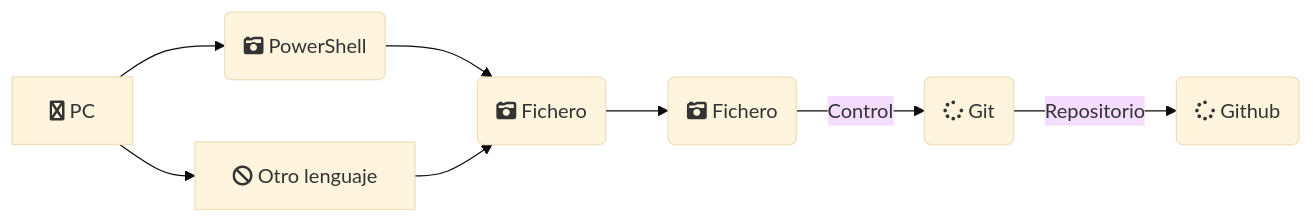
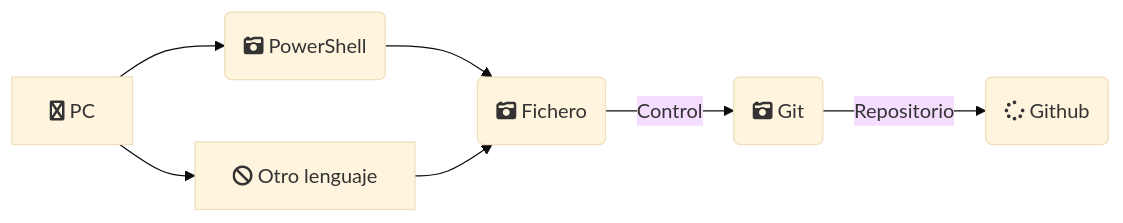
The second of 3 diagrams in README.md (Jloen1999/PrimeraECTSFC), drawn with Mermaid (base theme) before and after one commit. The commit also changed other lines of this file and 37 other files, not shown here.

````diff
--- a/README.md
+++ b/README.md
@@ -585,11 +750,10 @@
 ```mermaid
 flowchart LR;
 B["fa:fa-twitter PC"]
     B-->C[fa:fa-ban Otro lenguaje] 
     B-->E(fa:fa-camera-retro PowerShell)
     E-->F(fa:fa-camera-retro Fichero) 
     C-->F(fa:fa-camera-retro Fichero)
-    F-->H(fa:fa-camera-retro Fichero)
-    H-->|Control|I(fa:fa-spinner Git)
+    F-->|Control|I(fa:fa-camera-retro Git)
     I-->|Repositorio|J(fa:fa-spinner Github)
 ```
````
